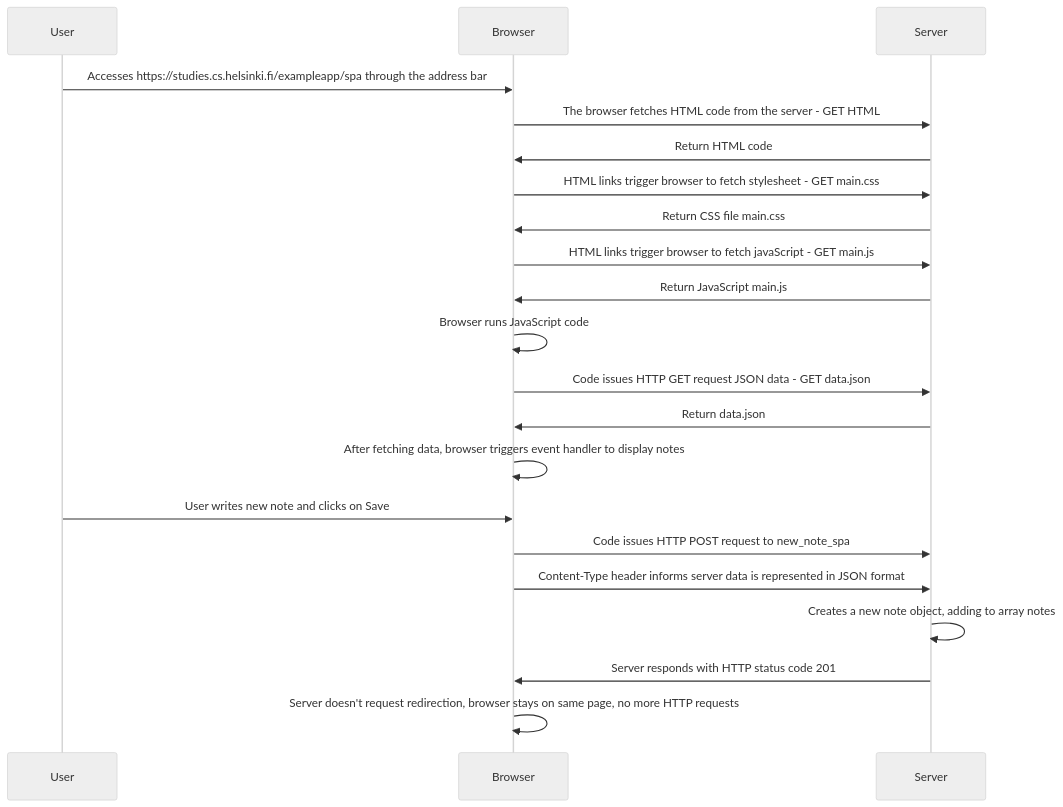
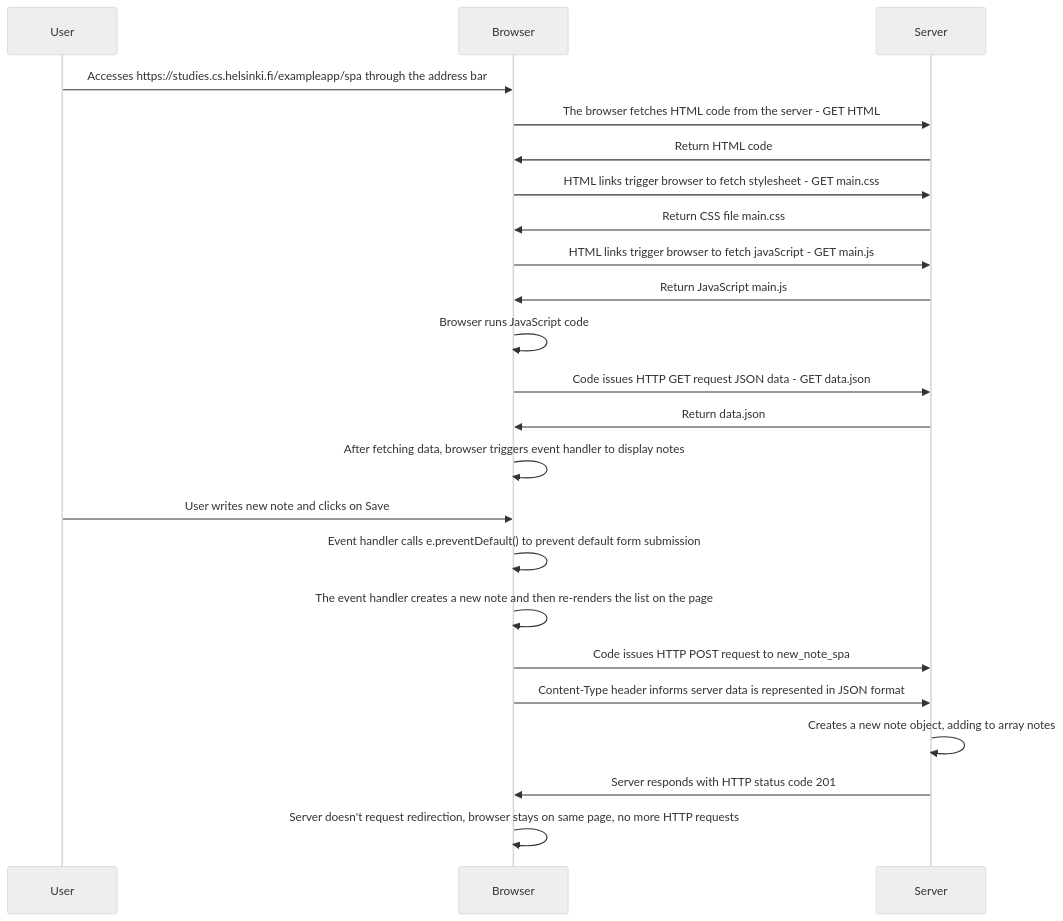
The diagram in part0/sequenceDiagram0-5.md (garciamoramc/course-fullstackopen), drawn with Mermaid (neutral theme) before and after one commit.

````diff
--- a/part0/sequenceDiagram0-5.md
+++ b/part0/sequenceDiagram0-5.md
@@ -1,20 +1,22 @@
 ```mermaid
 sequenceDiagram
     User->>Browser: Accesses https://studies.cs.helsinki.fi/exampleapp/spa through the address bar
     Browser->>Server: The browser fetches HTML code from the server - GET HTML
     Server->>Browser: Return HTML code
     Browser->>Server: HTML links trigger browser to fetch stylesheet - GET main.css
     Server->>Browser: Return CSS file main.css
     Browser->>Server: HTML links trigger browser to fetch javaScript - GET main.js
     Server->>Browser: Return JavaScript main.js
     Browser->>Browser: Browser runs JavaScript code 
     Browser->>Server: Code issues HTTP GET request JSON data - GET data.json
     Server->>Browser: Return data.json
     Browser->>Browser: After fetching data, browser triggers event handler to display notes
     User->>Browser: User writes new note and clicks on Save
+    Browser->>Browser: Event handler calls e.preventDefault() to prevent default form submission
+    Browser->>Browser: The event handler creates a new note and then re-renders the list on the page
     Browser->>Server: Code issues HTTP POST request to new_note_spa
     Browser->>Server: Content-Type header informs server data is represented in JSON format
     Server->>Server: Creates a new note object, adding to array notes
     Server->>Browser: Server responds with HTTP status code 201
     Browser->>Browser: Server doesn't request redirection, browser stays on same page, no more HTTP requests
 ```
````
